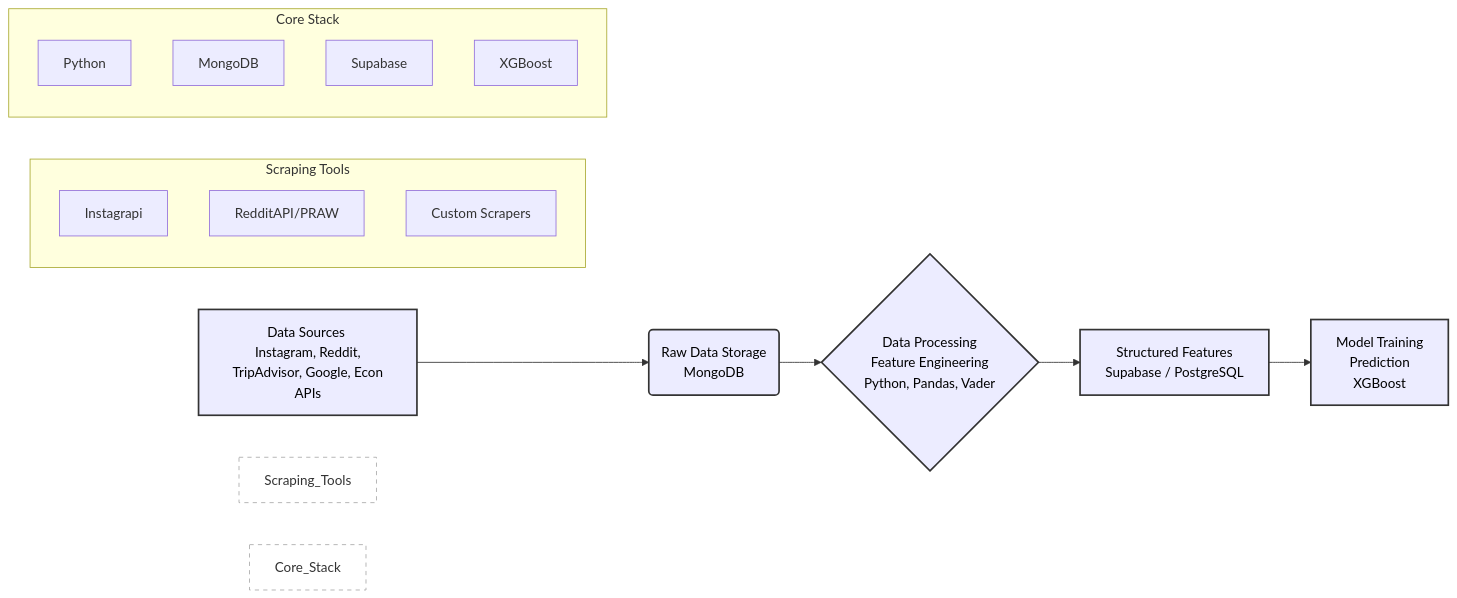
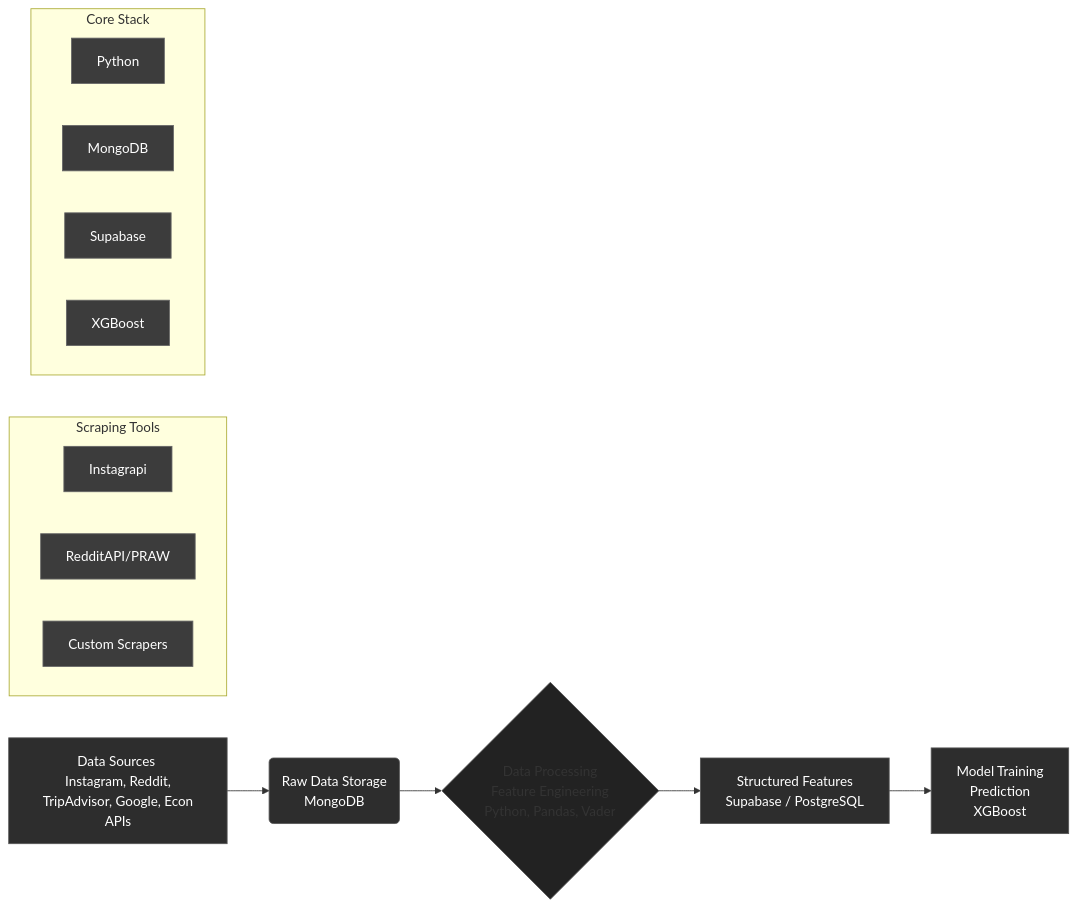
One commit to bt4301-group-8/tourism-consultancy changed the diagram in README.md. Above: the diagram before and after it, drawn with Mermaid. The commit also changed other lines of this file, not shown here.

````diff
--- a/README.md
+++ b/README.md
@@ -31,30 +32,43 @@
 ```mermaid
 graph LR
     A[Data Sources <br/> Instagram, Reddit, <br/> TripAdvisor, Google, Econ APIs] --> B(Raw Data Storage <br/> MongoDB);
     B --> C{Data Processing <br/> Feature Engineering <br/> Python, Pandas, Vader};
     C --> D[Structured Features <br/> Supabase / PostgreSQL];
     D --> E[Model Training <br/> Prediction <br/> XGBoost];
 
     subgraph Scraping Tools
+        direction LR
         S1[Instagrapi]
         S2[RedditAPI/PRAW]
         S3[Custom Scrapers]
     end
 
     subgraph Core Stack
+        direction LR
         P[Python]
         MDB[MongoDB]
         SB[Supabase]
         XG[XGBoost]
     end
-    
-    style A fill:#lightblue,stroke:#333,stroke-width:2px,color:#000
-    style B fill:#lightgreen,stroke:#333,stroke-width:2px,color:#000
-    style C fill:#lightyellow,stroke:#333,stroke-width:2px,color:#000
-    style D fill:#lightcyan,stroke:#333,stroke-width:2px,color:#000
-    style E fill:#lavender,stroke:#333,stroke-width:2px,color:#000
 
-    %% Optional: Style subgraph borders if needed
-    style Scraping_Tools fill:none,stroke:#aaa,stroke-dasharray: 5 5
-    style Core_Stack fill:none,stroke:#aaa,stroke-dasharray: 5 5
+    %% Define styles for dark theme - matching the image aesthetic
+    %% Main pipeline nodes: Dark grey background, light text
+    style A fill:#2D2D2D,stroke:#555,stroke-width:1px,color:#FFF
+    style B fill:#2D2D2D,stroke:#555,stroke-width:1px,color:#FFF
+    style C fill:#222,stroke:#555,stroke-width:1px,color:#FFF %% Diamond shape - slightly different shade
+    style D fill:#2D2D2D,stroke:#555,stroke-width:1px,color:#FFF
+    style E fill:#2D2D2D,stroke:#555,stroke-width:1px,color:#FFF
+
+    %% Nodes within subgraphs: Similar dark grey, light text
+    style S1 fill:#3C3C3C,stroke:#666,stroke-width:1px,color:#FFF
+    style S2 fill:#3C3C3C,stroke:#666,stroke-width:1px,color:#FFF
+    style S3 fill:#3C3C3C,stroke:#666,stroke-width:1px,color:#FFF
+    style P fill:#3C3C3C,stroke:#666,stroke-width:1px,color:#FFF
+    style MDB fill:#3C3C3C,stroke:#666,stroke-width:1px,color:#FFF
+    style SB fill:#3C3C3C,stroke:#666,stroke-width:1px,color:#FFF
+    style XG fill:#3C3C3C,stroke:#666,stroke-width:1px,color:#FFF
+
+    %% Style the subgraph boxes themselves (optional, styling applies to the container)
+    %% Mermaid doesn't directly style the subgraph background easily across all renderers
+    %% but we can style the nodes within as intended.
 ```
````
